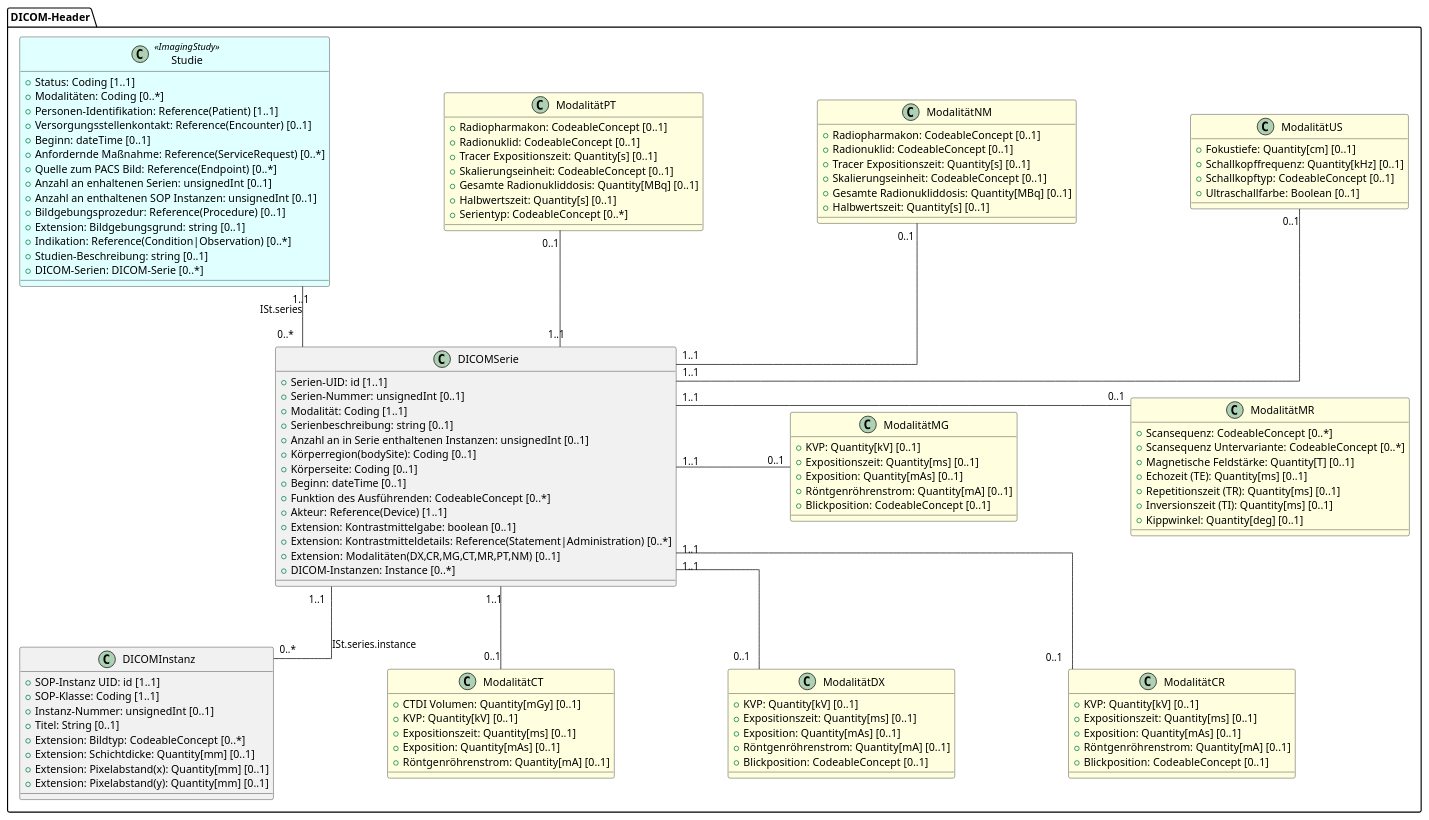
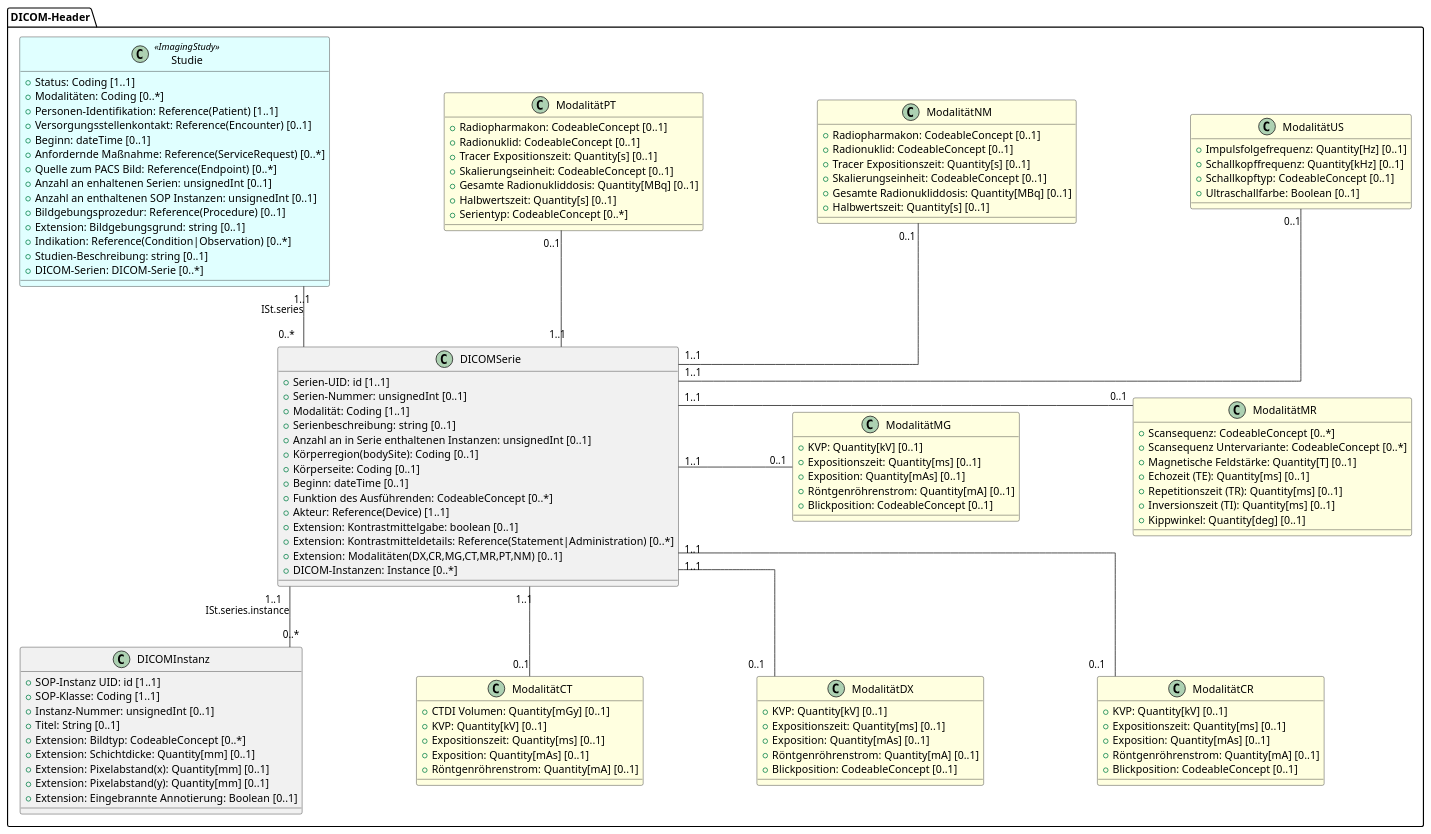
The diagram in plantUmlSrc/UML Metadaten.plantuml (medizininformatik-initiative/kerndatensatz-bildgebung), drawn with PlantUML before and after one commit. The commit also changed 3 other files, not shown here.

Commit message:
Final UML content change

```diff
--- a/plantUmlSrc/UML Metadaten.plantuml
+++ b/plantUmlSrc/UML Metadaten.plantuml
@@ -1,138 +1,139 @@
 @startuml UML Modul Bildgebung
 skinparam Linetype ortho
 skinparam Nodesep 150
 skinparam Ranksep 80
 skinparam legendBackgroundColor #white
 
 package "DICOM-Header" {
   class Studie <<ImagingStudy>> #LightCyan {
   + Status: Coding [1..1]
   + Modalitäten: Coding [0..*]
   + {field} Personen-Identifikation: Reference(Patient) [1..1]
   + {field} Versorgungsstellenkontakt: Reference(Encounter) [0..1]
   + Beginn: dateTime [0..1]
   + {field} Anfordernde Maßnahme: Reference(ServiceRequest) [0..*]
   + {field} Quelle zum PACS Bild: Reference(Endpoint) [0..*]
   + Anzahl an enhaltenen Serien: unsignedInt [0..1]
   + Anzahl an enthaltenen SOP Instanzen: unsignedInt [0..1]
   + {field} Bildgebungsprozedur: Reference(Procedure) [0..1]
   + Extension: Bildgebungsgrund: string [0..1]
   + {field} Indikation: Reference(Condition|Observation) [0..*]
   + Studien-Beschreibung: string [0..1]
   + DICOM-Serien: DICOM-Serie [0..*]
   }
 
   class DICOMSerie {
   + Serien-UID: id [1..1]
   + Serien-Nummer: unsignedInt [0..1]
   + Modalität: Coding [1..1]
   + Serienbeschreibung: string [0..1]
   + Anzahl an in Serie enthaltenen Instanzen: unsignedInt [0..1]
   + {field} Körperregion(bodySite): Coding [0..1]
   + Körperseite: Coding [0..1]
   + Beginn: dateTime [0..1]
   + Funktion des Ausführenden: CodeableConcept [0..*]
   + {field} Akteur: Reference(Device) [1..1]
   + Extension: Kontrastmittelgabe: boolean [0..1]
   + {field} Extension: Kontrastmitteldetails: Reference(Statement|Administration) [0..*]
   + {field} Extension: Modalitäten(DX,CR,MG,CT,MR,PT,NM) [0..1]
   + DICOM-Instanzen: Instance [0..*]
   }
 
   class DICOMInstanz {
   + SOP-Instanz UID: id [1..1]
   + SOP-Klasse: Coding [1..1]
   + Instanz-Nummer: unsignedInt [0..1]
   + Titel: String [0..1]
   + Extension: Bildtyp: CodeableConcept [0..*]
   + Extension: Schichtdicke: Quantity[mm] [0..1]
   + {field} Extension: Pixelabstand(x): Quantity[mm] [0..1]
   + {field} Extension: Pixelabstand(y): Quantity[mm] [0..1]
+  + Extension: Eingebrannte Annotierung: Boolean [0..1]
   }
 
   class ModalitätMR #LightYellow {
   + Scansequenz: CodeableConcept [0..*]
   + Scansequenz Untervariante: CodeableConcept [0..*]
   + Magnetische Feldstärke: Quantity[T] [0..1]
   + {field} Echozeit (TE): Quantity[ms] [0..1]
   + {field} Repetitionszeit (TR): Quantity[ms] [0..1]
   + {field} Inversionszeit (TI): Quantity[ms] [0..1]
   + Kippwinkel: Quantity[deg] [0..1]
   }
 
   class ModalitätCT #LightYellow {
   + CTDI Volumen: Quantity[mGy] [0..1]
   + KVP: Quantity[kV] [0..1]
   + Expositionszeit: Quantity[ms] [0..1]
   + Exposition: Quantity[mAs] [0..1]
   + Röntgenröhrenstrom: Quantity[mA] [0..1]
   } 
 
   class ModalitätDX #LightYellow {
   + KVP: Quantity[kV] [0..1]
   + Expositionszeit: Quantity[ms] [0..1]
   + Exposition: Quantity[mAs] [0..1]
   + Röntgenröhrenstrom: Quantity[mA] [0..1]
   + Blickposition: CodeableConcept [0..1]
   } 
 
   class ModalitätCR #LightYellow {
   + KVP: Quantity[kV] [0..1]
   + Expositionszeit: Quantity[ms] [0..1]
   + Exposition: Quantity[mAs] [0..1]
   + Röntgenröhrenstrom: Quantity[mA] [0..1]
   + Blickposition: CodeableConcept [0..1]
   } 
 
   class ModalitätMG #LightYellow {
   + KVP: Quantity[kV] [0..1]
   + Expositionszeit: Quantity[ms] [0..1]
   + Exposition: Quantity[mAs] [0..1]
   + Röntgenröhrenstrom: Quantity[mA] [0..1]
   + Blickposition: CodeableConcept [0..1]
   } 
 
   class ModalitätNM #LightYellow {
   + Radiopharmakon: CodeableConcept [0..1]
   + Radionuklid: CodeableConcept [0..1]
   + Tracer Expositionszeit: Quantity[s] [0..1]
   + Skalierungseinheit: CodeableConcept [0..1]
   + Gesamte Radionukliddosis: Quantity[MBq] [0..1]
   + Halbwertszeit: Quantity[s] [0..1]
   } 
 
   class ModalitätPT #LightYellow {
   + Radiopharmakon: CodeableConcept [0..1]
   + Radionuklid: CodeableConcept [0..1]
   + Tracer Expositionszeit: Quantity[s] [0..1]
   + Skalierungseinheit: CodeableConcept [0..1]
   + Gesamte Radionukliddosis: Quantity[MBq] [0..1]
   + Halbwertszeit: Quantity[s] [0..1]
   + Serientyp: CodeableConcept [0..*]
   }
 
   class ModalitätUS #LightYellow {
-  + Fokustiefe: Quantity[cm] [0..1]
+  + Impulsfolgefrequenz: Quantity[Hz] [0..1]
   + Schallkopffrequenz: Quantity[kHz] [0..1]
   + Schallkopftyp: CodeableConcept [0..1]
   + Ultraschallfarbe: Boolean [0..1]
   }
 }
 
 DICOMSerie "1..1" -- "0..*" DICOMInstanz: ISt.series.instance
 DICOMSerie "1..1" -r- "0..1" ModalitätMR
 DICOMSerie "1..1" -- "0..1" ModalitätCT
 DICOMSerie "1..1" -- "0..1" ModalitätDX
 DICOMSerie "1..1" -- "0..1" ModalitätCR
 DICOMSerie "1..1" -r- "0..1" ModalitätMG
 DICOMSerie "1..1" -u- "0..1" ModalitätNM
 DICOMSerie "1..1" -u- "0..1" ModalitätPT
 DICOMSerie "1..1" -u- "0..1" ModalitätUS
 
 Studie "1..1" -- "0..*" DICOMSerie: ISt.series
 
 ModalitätPT -[hidden]r- ModalitätNM
 ModalitätNM -[hidden]r- ModalitätUS
 
 
 @enduml
```
